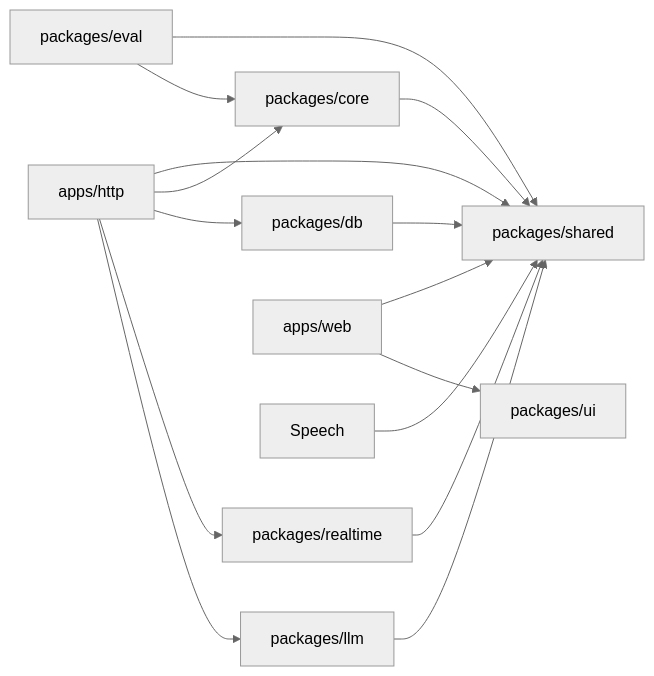
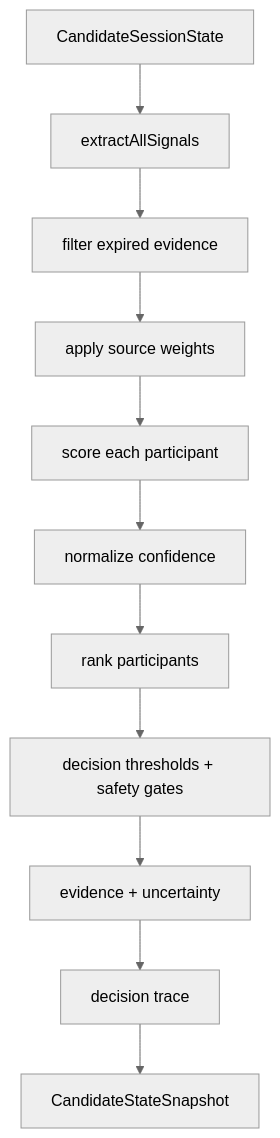
The fourth of 4 diagrams in ARCHITECTURE.md (RitikaxG/sherlock-challenge), drawn with Mermaid (neutral theme) before and after one commit. The commit also changed other lines of this file, not shown here.

Commit message:
docs: expand architecture with product fit and production design

````diff
--- a/ARCHITECTURE.md
+++ b/ARCHITECTURE.md
@@ -121,17 +195,13 @@
 ```mermaid
-flowchart LR
-  HTTP["apps/http"] --> Shared["packages/shared"]
-  HTTP --> Core["packages/core"]
-  HTTP --> DB["packages/db"]
-  HTTP --> Realtime["packages/realtime"]
-  HTTP --> LLM["packages/llm"]
-  Web["apps/web"] --> Shared
-  Web --> UI["packages/ui"]
-  Eval["packages/eval"] --> Shared
-  Eval --> Core
-  Core --> Shared
-  DB --> Shared
-  Realtime --> Shared
-  LLM --> Shared
-  Speech --> Shared
+flowchart TD
+  State["CandidateSessionState"] --> Signals["extractAllSignals"]
+  Signals --> Decay["filter expired evidence"]
+  Decay --> Weights["apply source weights"]
+  Weights --> Participants["score each participant"]
+  Participants --> Confidence["normalize confidence"]
+  Confidence --> Ranking["rank participants"]
+  Ranking --> Gates["decision thresholds + safety gates"]
+  Gates --> Explanation["evidence + uncertainty"]
+  Explanation --> Trace["decision trace"]
+  Trace --> Snapshot["CandidateStateSnapshot"]
 ```
````
